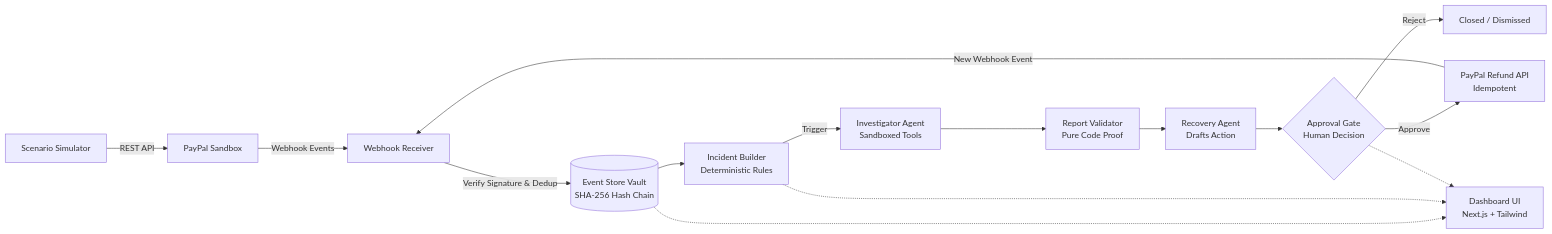
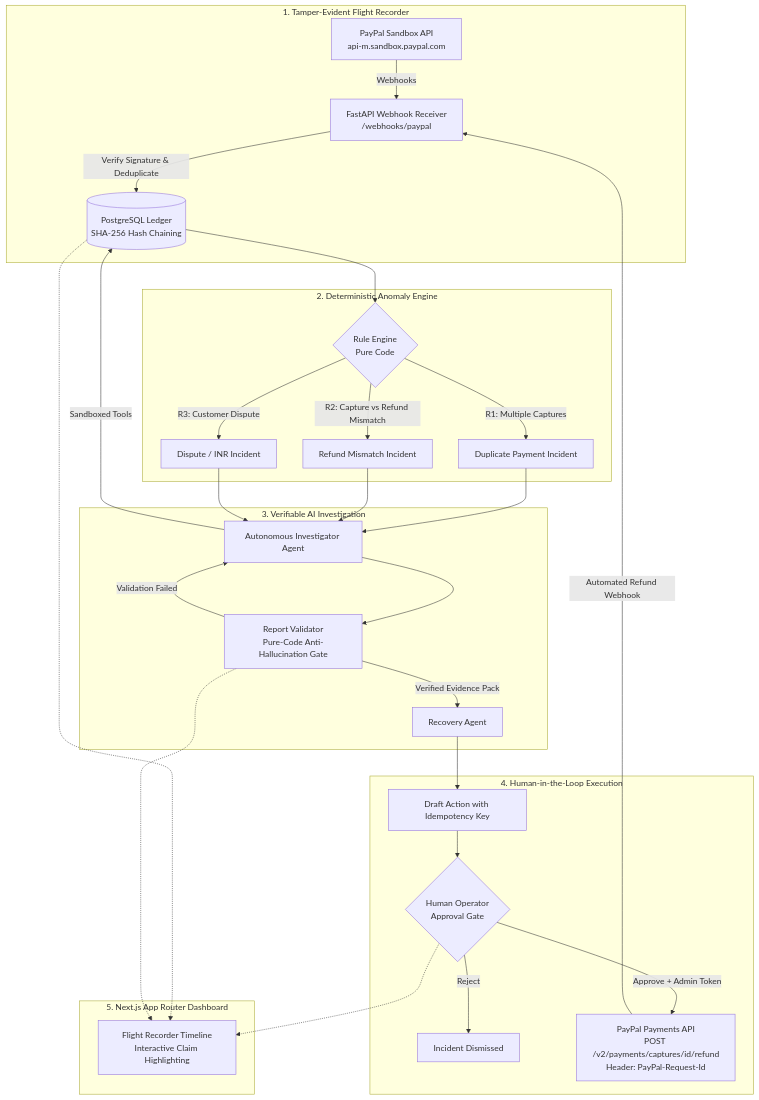
One commit to h4rsh740/TraceGuard changed the diagram in README.md. Above: the diagram before and after it, drawn with Mermaid. The commit also changed other lines of this file and 15 other files, not shown here.

````diff
--- a/README.md
+++ b/README.md
@@ -21,17 +31,36 @@
 ```mermaid
-flowchart LR
-    A[Scenario Simulator] -->|REST API| B[PayPal Sandbox]
-    B -->|Webhook Events| C[Webhook Receiver]
-    C -->|Verify Signature & Dedup| D[(Event Store Vault\nSHA-256 Hash Chain)]
-    D --> E[Incident Builder\nDeterministic Rules]
-    E -->|Trigger| F[Investigator Agent\nSandboxed Tools]
-    F --> G[Report Validator\nPure Code Proof]
-    G --> H[Recovery Agent\nDrafts Action]
-    H --> I{Approval Gate\nHuman Decision}
-    I -->|Approve| J[PayPal Refund API\nIdempotent]
-    I -->|Reject| K[Closed / Dismissed]
-    J -->|New Webhook Event| C
-    D -.-> L[Dashboard UI\nNext.js + Tailwind]
-    E -.-> L
-    I -.-> L
+flowchart TD
+    subgraph Ingestion["1. Tamper-Evident Flight Recorder"]
+        A[PayPal Sandbox API\napi-m.sandbox.paypal.com] -->|Webhooks| B[FastAPI Webhook Receiver\n/webhooks/paypal]
+        B -->|Verify Signature & Deduplicate| C[(PostgreSQL Ledger\nSHA-256 Hash Chaining)]
+    end
+
+    subgraph Detection["2. Deterministic Anomaly Engine"]
+        C --> D{Rule Engine\nPure Code}
+        D -->|R1: Multiple Captures| E1[Duplicate Payment Incident]
+        D -->|R2: Capture vs Refund Mismatch| E2[Refund Mismatch Incident]
+        D -->|R3: Customer Dispute| E3[Dispute / INR Incident]
+    end
+
+    subgraph Investigation["3. Verifiable AI Investigation"]
+        E1 & E2 & E3 --> F[Autonomous Investigator Agent]
+        F -->|Sandboxed Tools| C
+        F --> G[Report Validator\nPure-Code Anti-Hallucination Gate]
+        G -->|Validation Failed| F
+        G -->|Verified Evidence Pack| H[Recovery Agent]
+    end
+
+    subgraph Remediation["4. Human-in-the-Loop Execution"]
+        H --> I[Draft Action with Idempotency Key]
+        I --> J{Human Operator\nApproval Gate}
+        J -->|Reject| K[Incident Dismissed]
+        J -->|Approve + Admin Token| L[PayPal Payments API\nPOST /v2/payments/captures/id/refund\nHeader: PayPal-Request-Id]
+        L -->|Automated Refund Webhook| B
+    end
+
+    subgraph Presentation["5. Next.js App Router Dashboard"]
+        C -.-> M[Flight Recorder Timeline\nInteractive Claim Highlighting]
+        G -.-> M
+        J -.-> M
+    end
 ```
````
